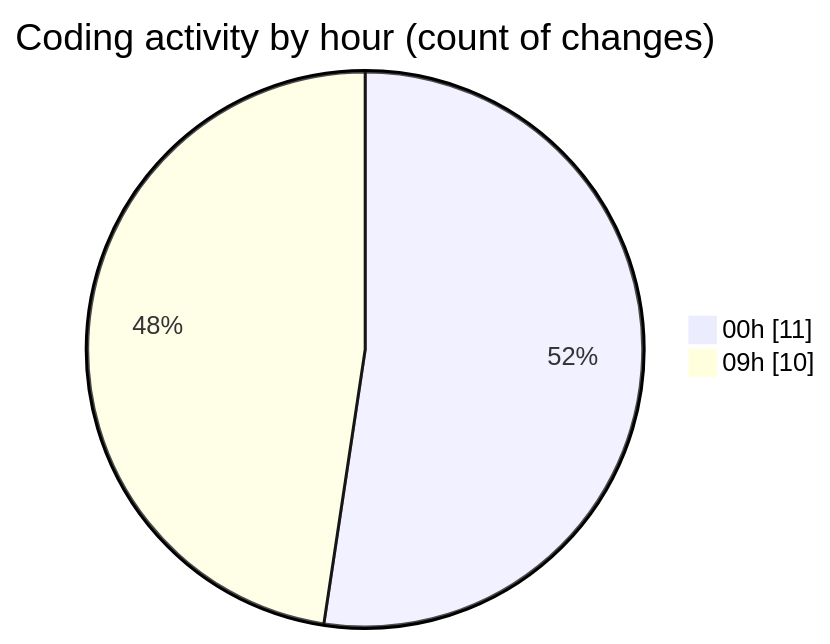
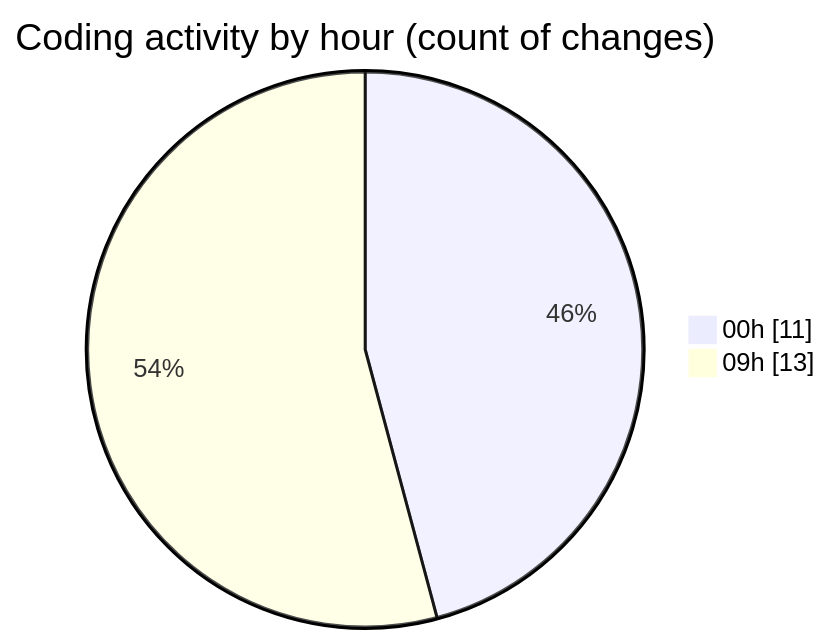
The second of 2 diagrams in 2026-09-02/cda/README.md (momahboobian/code-tracking), drawn with Mermaid before and after one commit. The commit also changed other lines of this file and 1 other file, not shown here.

````diff
--- a/2026-09-02/cda/README.md
+++ b/2026-09-02/cda/README.md
@@ -33,6 +33,6 @@
 ```mermaid
 pie showData
 title Coding activity by hour (count of changes)
 "00h" : 11
-"09h" : 10
+"09h" : 13
 ```
````
